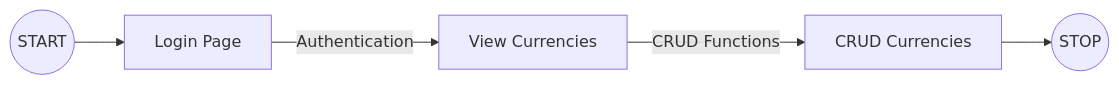
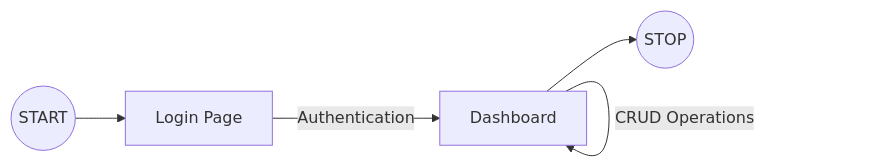
The second of 2 diagrams in README.md (TRAXXPayments/full-stack-code-challenge), drawn with Mermaid before and after one commit. The commit also changed other lines of this file, not shown here.

````diff
--- a/README.md
+++ b/README.md
@@ -35,4 +37,5 @@
 ```mermaid
 graph LR
-A((START)) --> B[Login Page] -- Authentication --> C[View Currencies] -- CRUD Functions --> D[CRUD Currencies] --> E((STOP))
+A((START)) --> B[Login Page] -- Authentication --> C[Dashboard] --> E((STOP))
+C -- CRUD Operations --> C
 ```
````
